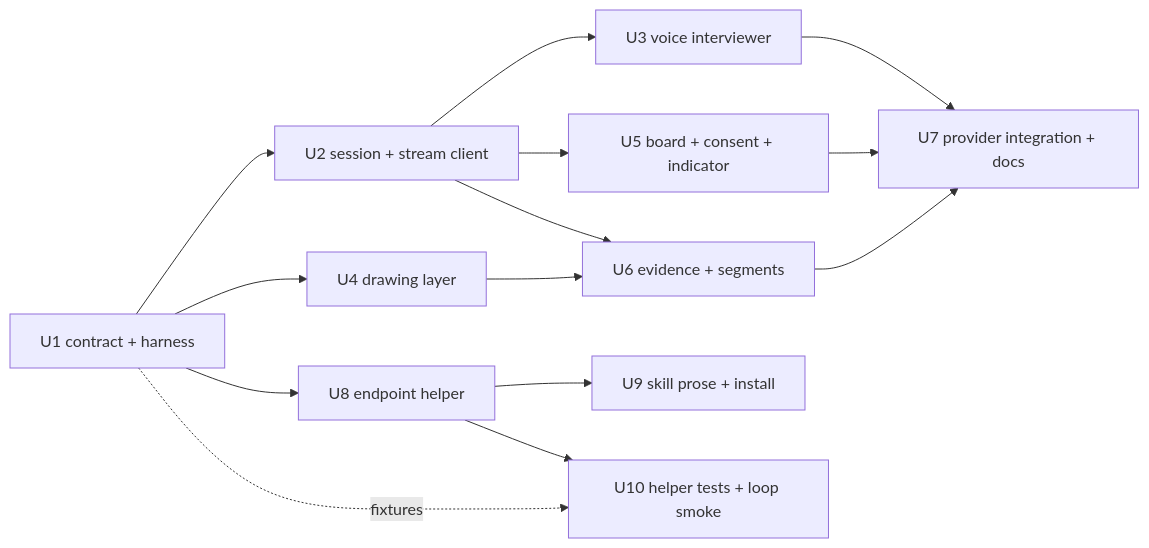
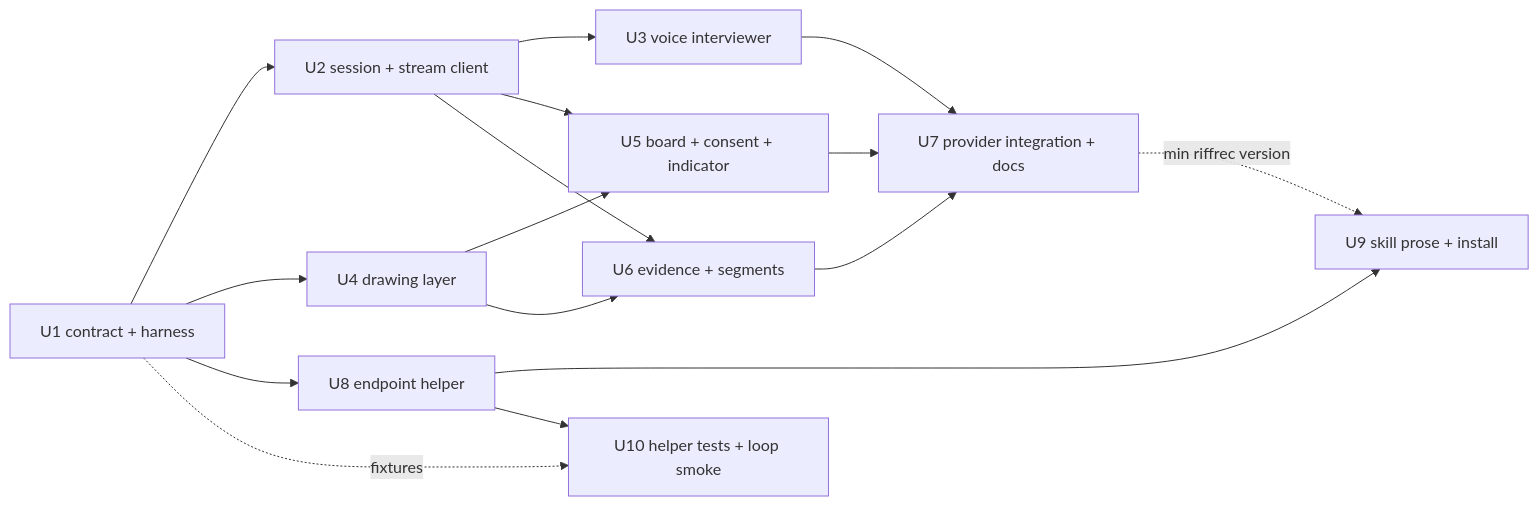
One commit to kieranklaassen/riffrec changed the fifth of 5 diagrams in docs/plans/2026-09-15-001-feat-live-voice-mode-plan.md. Above: the diagram before and after it, drawn with Mermaid. The commit also changed other lines of this file, not shown here.

````diff
--- a/docs/plans/2026-09-15-001-feat-live-voice-mode-plan.md
+++ b/docs/plans/2026-09-15-001-feat-live-voice-mode-plan.md
@@ -380,16 +383,18 @@
 ```mermaid
 flowchart LR
   U1[U1 contract + harness] --> U2[U2 session + stream client]
   U1 --> U4[U4 drawing layer]
   U1 --> U8[U8 endpoint helper]
   U2 --> U3[U3 voice interviewer]
   U2 --> U5[U5 board + consent + indicator]
+  U4 --> U5
   U2 --> U6[U6 evidence + segments]
   U4 --> U6
   U3 --> U7[U7 provider integration + docs]
   U5 --> U7
   U6 --> U7
   U8 --> U9[U9 skill prose + install]
+  U7 -. min riffrec version .-> U9
   U8 --> U10[U10 helper tests + loop smoke]
   U1 -. fixtures .-> U10
 ```
````
